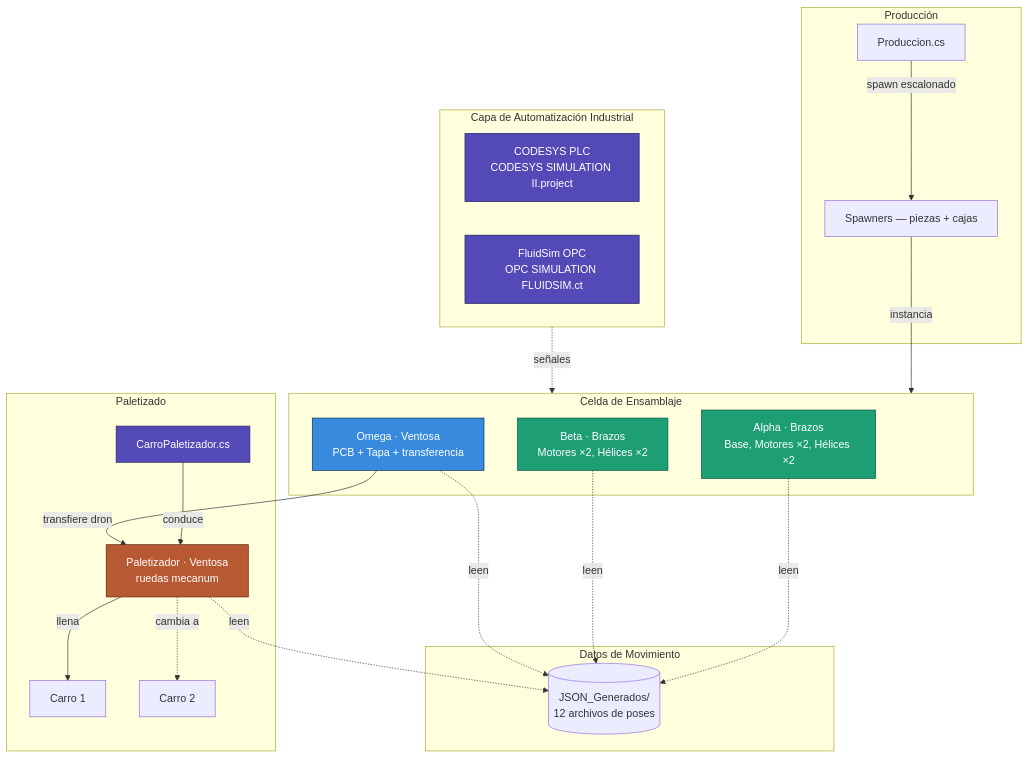
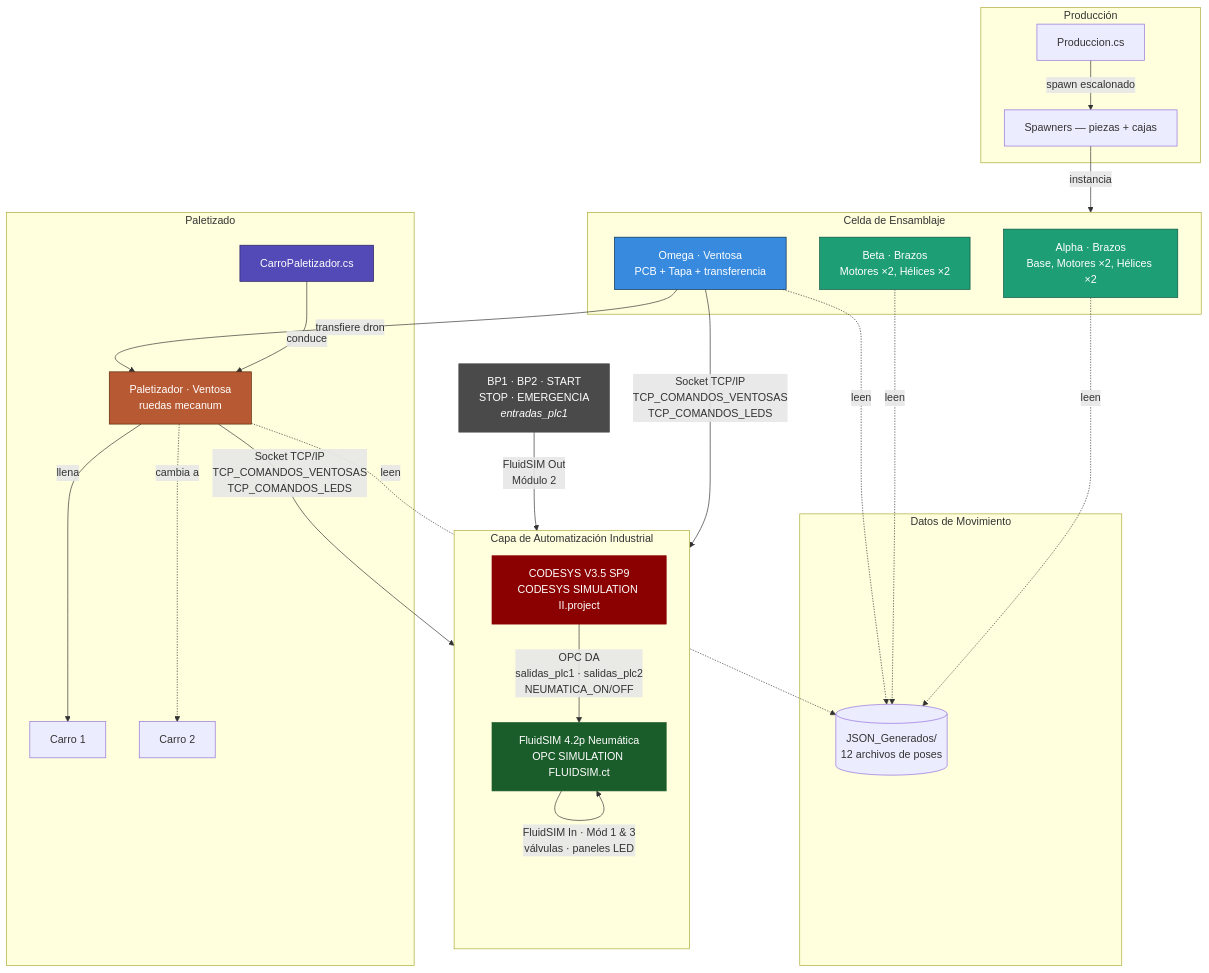
One commit to jorgefajardom-coder/drone-packaging-simulation-unity changed the tenth of 12 diagrams in README.md. Above: the diagram before and after it, drawn with Mermaid. The commit also changed other lines of this file, not shown here.

First line of the commit message:
docs: agregar sección CODESYS/FluidSIM con diagramas de interconexión y mapeo I/O

````diff
--- a/README.md
+++ b/README.md
@@ -1134,41 +1558,47 @@
 ```mermaid
 graph TB
     subgraph EXT["Capa de Automatización Industrial"]
-        direction LR
-        PLC[CODESYS PLC<br/>CODESYS SIMULATION II.project]
-        OPC[FluidSim OPC<br/>OPC SIMULATION FLUIDSIM.ct]
+        direction TB
+        PLC["CODESYS V3.5 SP9<br/>CODESYS SIMULATION II.project"]
+        OPC["FluidSIM 4.2p Neumática<br/>OPC SIMULATION FLUIDSIM.ct"]
+        PLC -->|"OPC DA<br/>salidas_plc1 · salidas_plc2<br/>NEUMATICA_ON/OFF"| OPC
     end
 
     subgraph PROD["Producción"]
         P[Produccion.cs] -->|spawn escalonado| SP[Spawners — piezas + cajas]
     end
 
     subgraph JSON["Datos de Movimiento"]
         JF[(JSON_Generados/<br/>12 archivos de poses)]
     end
 
     subgraph ASSEMBLY["Celda de Ensamblaje"]
         B1[Alpha · Brazos<br/>Base, Motores ×2, Hélices ×2]
         B2[Beta · Brazos<br/>Motores ×2, Hélices ×2]
         B3[Omega · Ventosa<br/>PCB + Tapa + transferencia]
     end
 
     subgraph PALLET["Paletizado"]
         CARRO[CarroPaletizador.cs] -->|conduce| B4[Paletizador · Ventosa<br/>ruedas mecanum]
         B4 -->|llena| C1[Carro 1]
         B4 -.->|cambia a| C2[Carro 2]
     end
 
+    HW["BP1 · BP2 · START<br/>STOP · EMERGENCIA<br/><i>entradas_plc1</i>"]
+
     SP -->|instancia| ASSEMBLY
     B1 & B2 & B3 & B4 -. leen .-> JF
     B3 -->|transfiere dron| B4
-    EXT -.->|señales| ASSEMBLY
+    B3 & B4 -->|"Socket TCP/IP<br/>TCP_COMANDOS_VENTOSAS<br/>TCP_COMANDOS_LEDS"| PLC
+    HW -->|"FluidSIM Out<br/>Módulo 2"| PLC
+    OPC -->|"FluidSIM In · Mód 1 & 3<br/>válvulas · paneles LED"| OPC
 
     style B1 fill:#1D9E75,stroke:#085041,color:#fff
     style B2 fill:#1D9E75,stroke:#085041,color:#fff
     style B3 fill:#378ADD,stroke:#042C53,color:#fff
     style B4 fill:#B75A34,stroke:#5C2506,color:#fff
     style CARRO fill:#534AB7,stroke:#26215C,color:#fff
-    style PLC fill:#534AB7,stroke:#26215C,color:#fff
-    style OPC fill:#534AB7,stroke:#26215C,color:#fff
+    style PLC fill:#8b0000,color:#fff,stroke:#8b0000
+    style OPC fill:#1a5c2a,color:#fff,stroke:#1a5c2a
+    style HW fill:#4a4a4a,color:#fff,stroke:#4a4a4a
 ```
````
